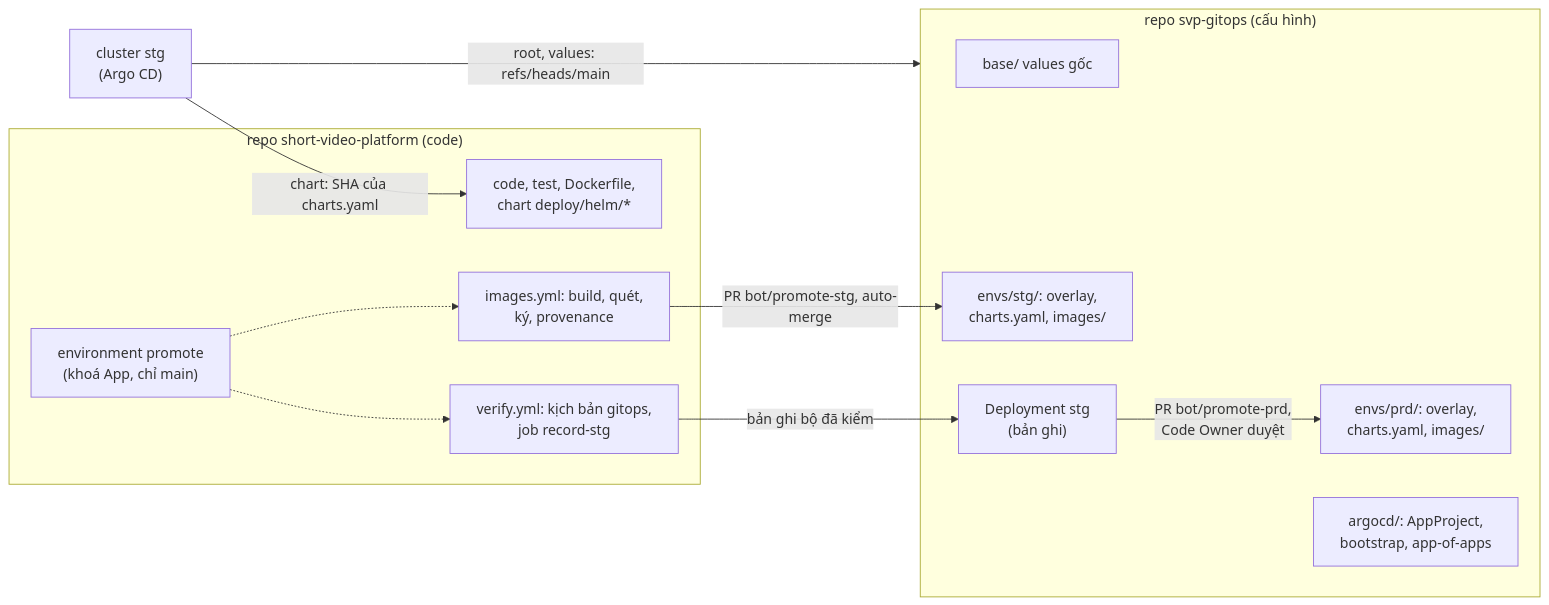
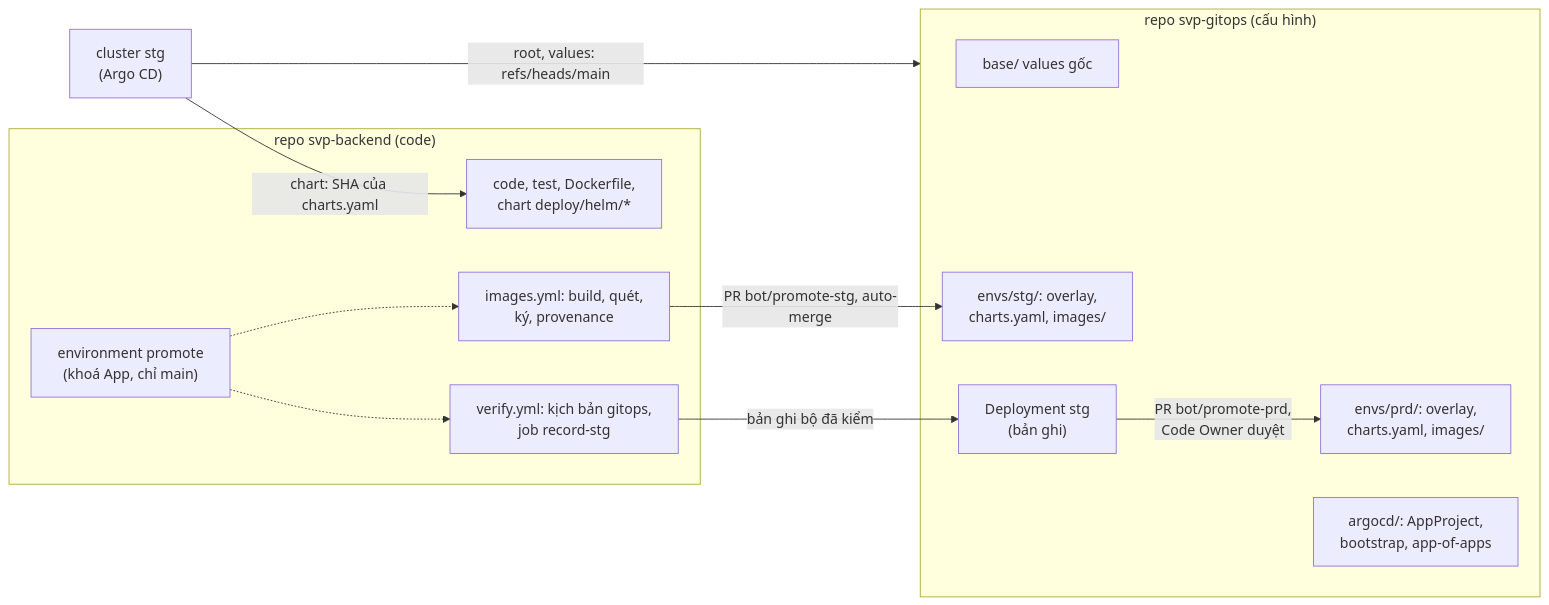
Before and after one commit to anhnvcoder/short-video-platform: the sixth of 10 diagrams in docs/architecture.md, drawn with Mermaid. The commit also changed other lines of this file and 207 other files, not shown here.

First line of the commit message:
feat: đổi tên repo thành svp-backend và svp-frontend (ADR-0036, PR-1) (#59)

````diff
--- a/docs/architecture.md
+++ b/docs/architecture.md
@@ -590,24 +591,24 @@
 ```mermaid
 flowchart LR
-    subgraph code["repo short-video-platform (code)"]
+    subgraph code["repo svp-backend (code)"]
         src["code, test, Dockerfile,<br/>chart deploy/helm/*"]
         img["images.yml: build, quét,<br/>ký, provenance"]
         ver["verify.yml: kịch bản gitops,<br/>job record-stg"]
         env["environment promote<br/>(khoá App, chỉ main)"]
     end
     subgraph cfg["repo svp-gitops (cấu hình)"]
         base["base/ values gốc"]
         stg["envs/stg/: overlay,<br/>charts.yaml, images/"]
         prd["envs/prd/: overlay,<br/>charts.yaml, images/"]
         argo["argocd/: AppProject,<br/>bootstrap, app-of-apps"]
         dep["Deployment stg<br/>(bản ghi)"]
     end
     cluster["cluster stg<br/>(Argo CD)"]
     img -->|"PR bot/promote-stg, auto-merge"| stg
     ver -->|"bản ghi bộ đã kiểm"| dep
     dep -->|"PR bot/promote-prd,<br/>Code Owner duyệt"| prd
     env -.-> img
     env -.-> ver
     cluster -->|"root, values: refs/heads/main"| cfg
     cluster -->|"chart: SHA của charts.yaml"| src
 ```
````
